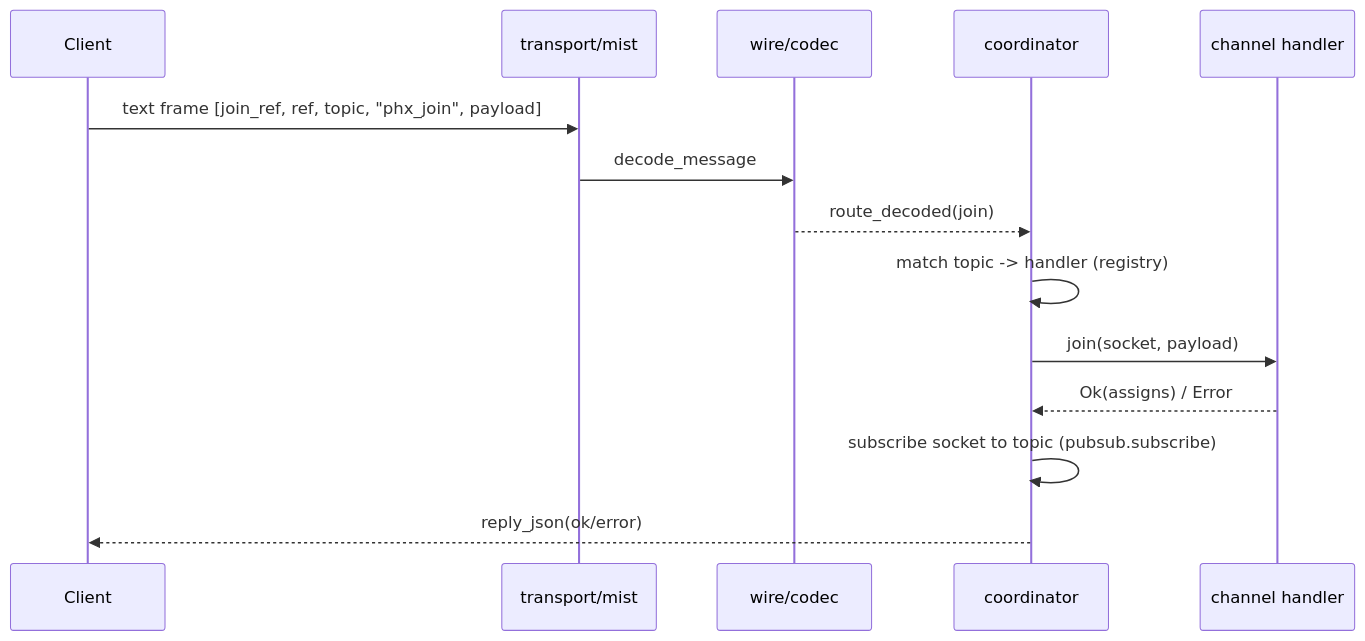
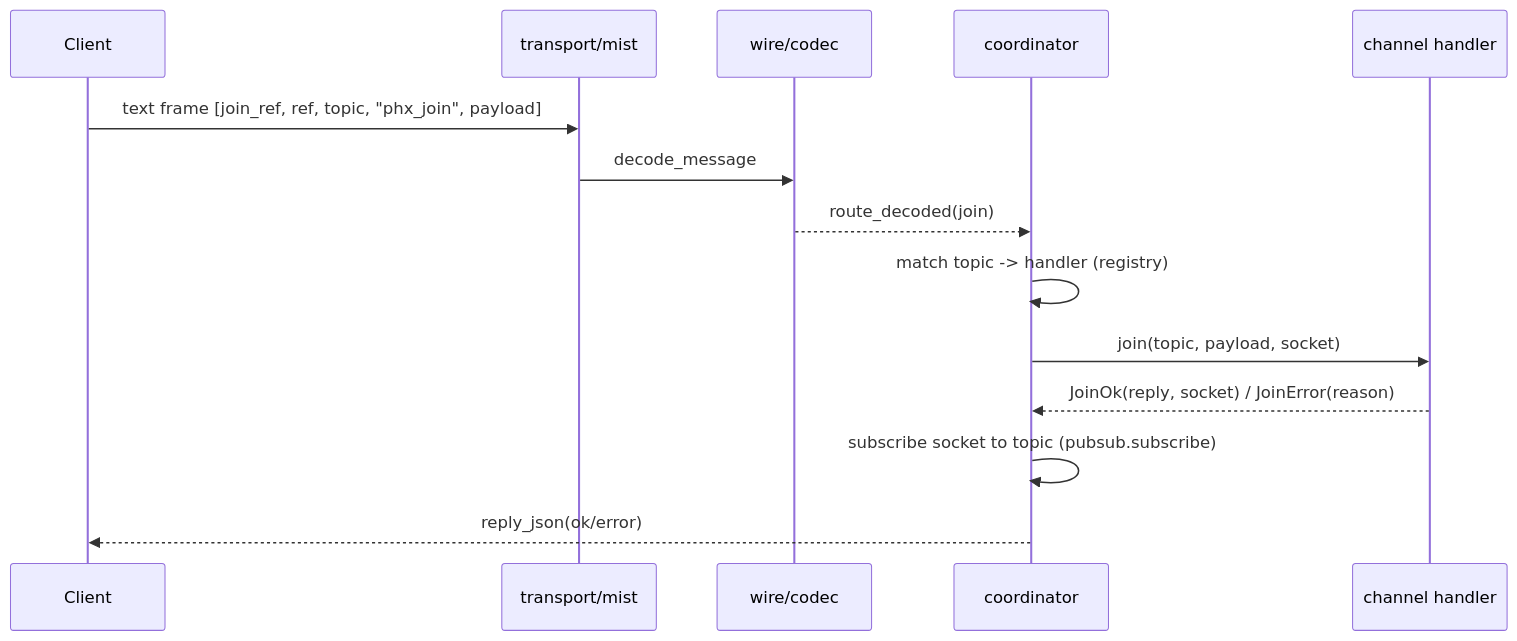
The second of 6 diagrams in website/src/content/docs/architecture/message-lifecycle.md (tylerbutler/beryl), drawn with Mermaid before and after one commit. The commit also changed other lines of this file and 4 other files, not shown here.

First line of the commit message:
docs(architecture): fix callback arities and clarify topic wildcards

````diff
--- a/website/src/content/docs/architecture/message-lifecycle.md
+++ b/website/src/content/docs/architecture/message-lifecycle.md
@@ -26,16 +26,16 @@
 ```mermaid
 sequenceDiagram
   participant Client
   participant Mist as transport/mist
   participant Wire as wire/codec
   participant Coord as coordinator
   participant Ch as channel handler
   Client->>Mist: text frame [join_ref, ref, topic, "phx_join", payload]
   Mist->>Wire: decode_message
   Wire-->>Coord: route_decoded(join)
   Coord->>Coord: match topic -> handler (registry)
-  Coord->>Ch: join(socket, payload)
-  Ch-->>Coord: Ok(assigns) / Error
+  Coord->>Ch: join(topic, payload, socket)
+  Ch-->>Coord: JoinOk(reply, socket) / JoinError(reason)
   Coord->>Coord: subscribe socket to topic (pubsub.subscribe)
   Coord-->>Client: reply_json(ok/error)
 ```
````
